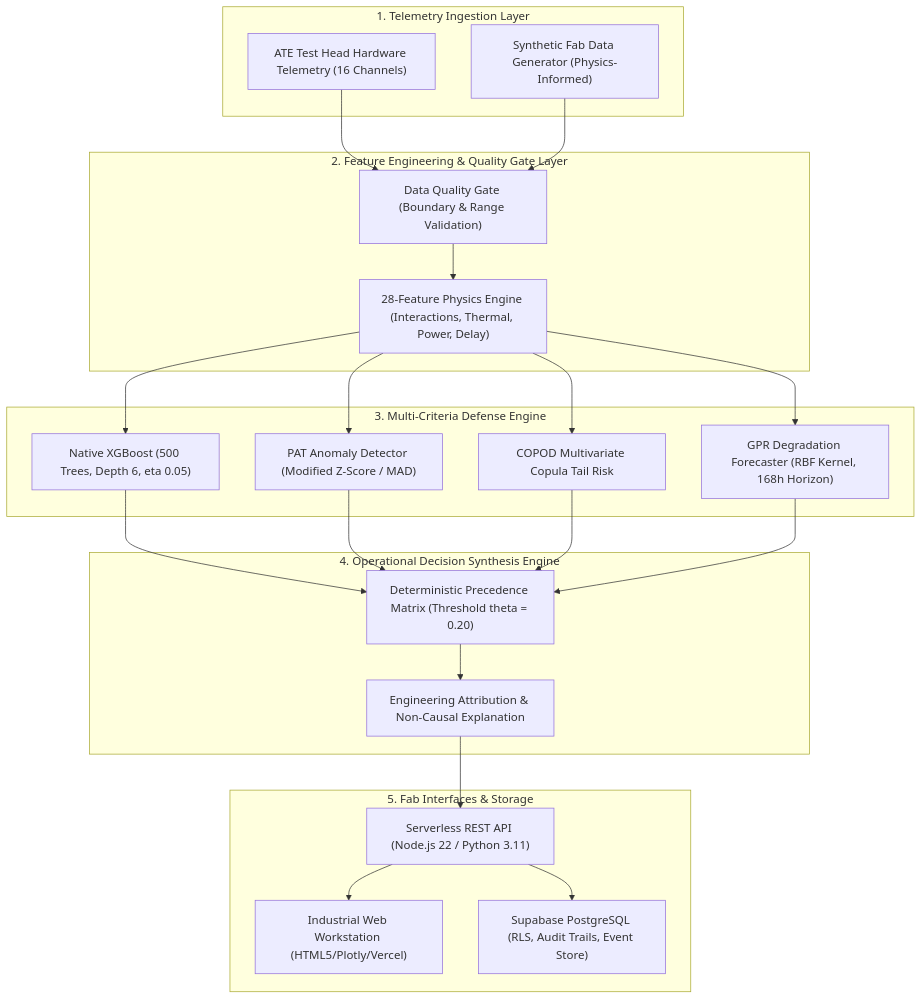
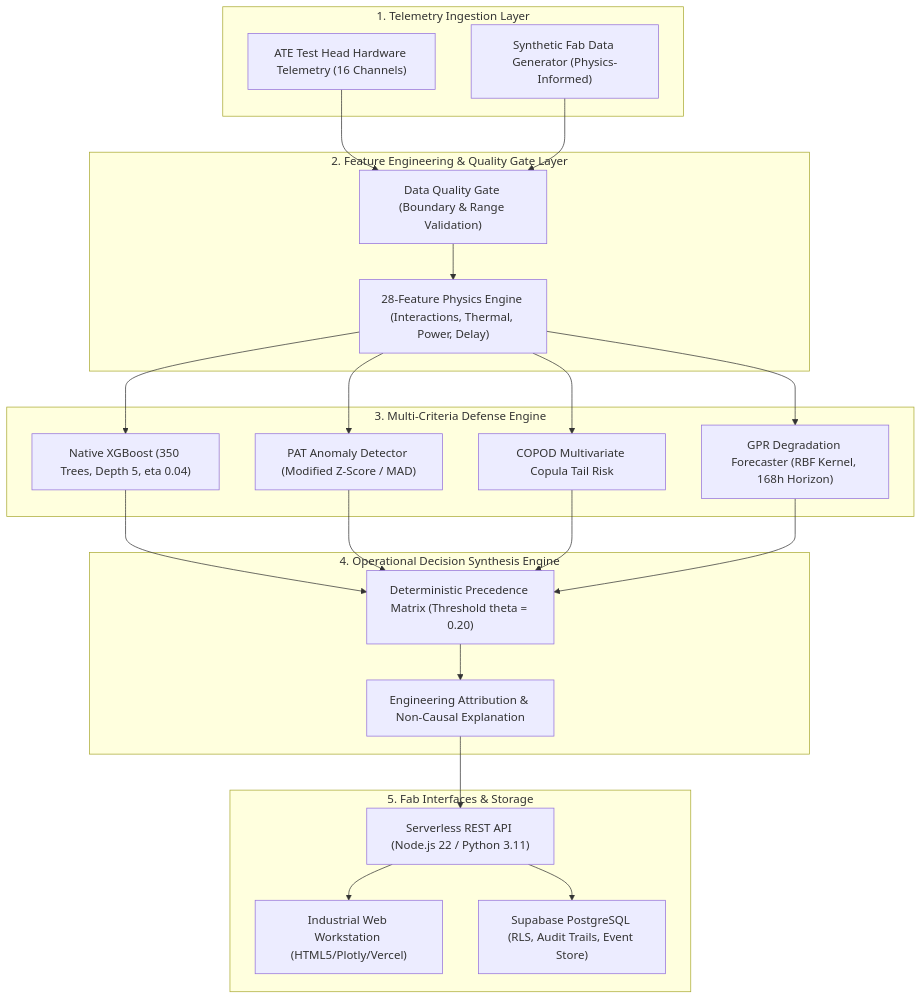
Before and after one commit to umeshpandeysh/predicta-26: the diagram in PROJECT_CONTENT.md, drawn with Mermaid. The commit also changed other lines of this file and 29 other files, not shown here.

````diff
--- a/PROJECT_CONTENT.md
+++ b/PROJECT_CONTENT.md
@@ -84,46 +84,46 @@
 ```mermaid
 flowchart TD
     subgraph INGESTION["1. Telemetry Ingestion Layer"]
         ATE["ATE Test Head Hardware Telemetry (16 Channels)"]
         SYNTH["Synthetic Fab Data Generator (Physics-Informed)"]
     end
 
     subgraph PREPROC["2. Feature Engineering & Quality Gate Layer"]
         VAL["Data Quality Gate (Boundary & Range Validation)"]
         FE["28-Feature Physics Engine (Interactions, Thermal, Power, Delay)"]
     end
 
     subgraph ENSEMBLE["3. Multi-Criteria Defense Engine"]
-        XGB["Native XGBoost (500 Trees, Depth 6, eta 0.05)"]
+        XGB["Native XGBoost (350 Trees, Depth 5, eta 0.04)"]
         PAT["PAT Anomaly Detector (Modified Z-Score / MAD)"]
         COPOD["COPOD Multivariate Copula Tail Risk"]
         GPR["GPR Degradation Forecaster (RBF Kernel, 168h Horizon)"]
     end
 
     subgraph DISPOSITION["4. Operational Decision Synthesis Engine"]
         RULES["Deterministic Precedence Matrix (Threshold theta = 0.20)"]
         EXP["Engineering Attribution & Non-Causal Explanation"]
     end
 
     subgraph CONSUMPTION["5. Fab Interfaces & Storage"]
         DASH["Industrial Web Workstation (HTML5/Plotly/Vercel)"]
         API["Serverless REST API (Node.js 22 / Python 3.11)"]
         DB["Supabase PostgreSQL (RLS, Audit Trails, Event Store)"]
     end
 
     ATE --> VAL
     SYNTH --> VAL
     VAL --> FE
     FE --> XGB
     FE --> PAT
     FE --> COPOD
     FE --> GPR
     XGB --> RULES
     PAT --> RULES
     COPOD --> RULES
     GPR --> RULES
     RULES --> EXP
     EXP --> API
     API --> DASH
     API --> DB
 ```
````
